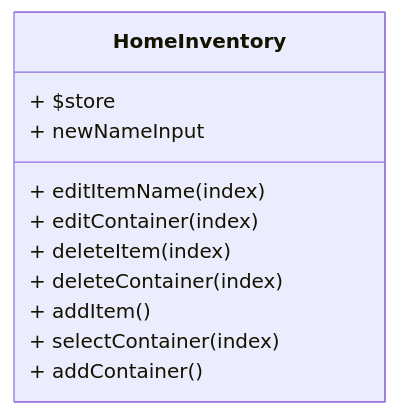
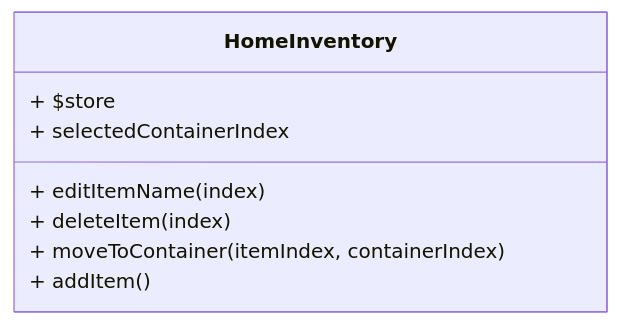
One commit to dpatrik0610/HomeInventory changed the first of 22 diagrams in Project Details/frontend/frontend.md. Above: the diagram before and after it, drawn with Mermaid. The commit also changed other lines of this file, not shown here.

````diff
--- a/Project Details/frontend/frontend.md
+++ b/Project Details/frontend/frontend.md
@@ -31,15 +31,12 @@
 ```mermaid
 classDiagram
 class HomeInventory {
   + $store
-  + newNameInput
+  + selectedContainerIndex
   + editItemName(index)
-  + editContainer(index)
   + deleteItem(index)
-  + deleteContainer(index)
+  + moveToContainer(itemIndex, containerIndex)
   + addItem()
-  + selectContainer(index)
-  + addContainer()
 }
 
 ```
````
